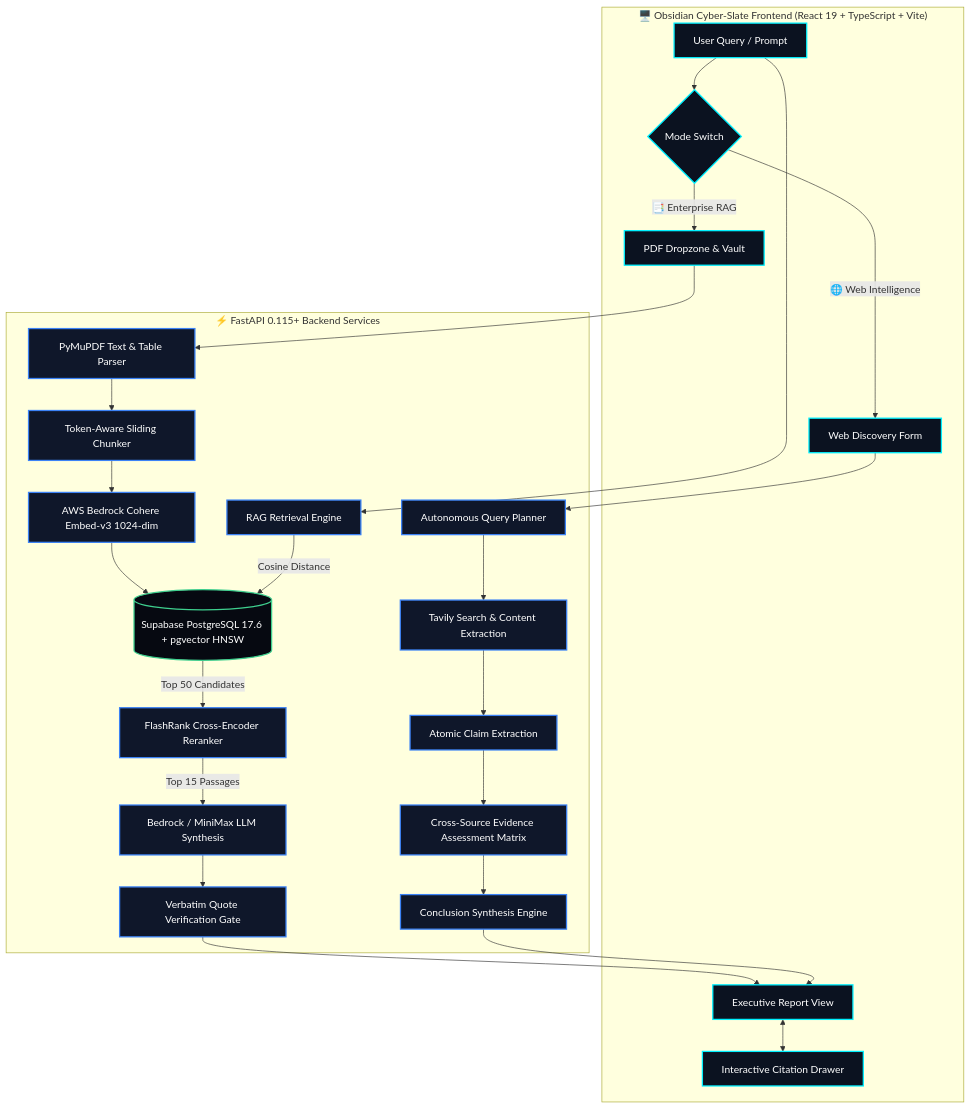
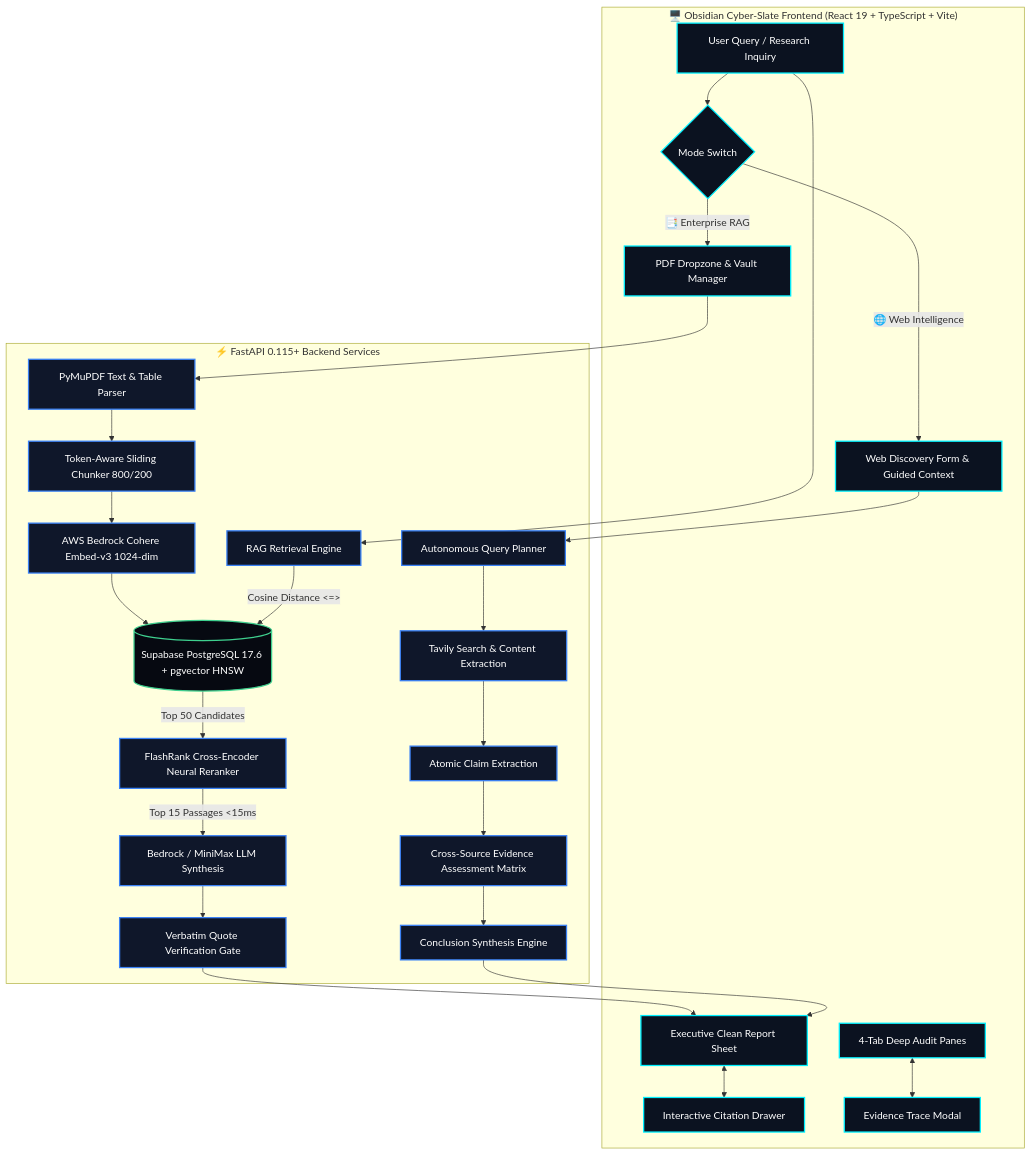
The diagram in README.md (sawanb22/enterprise-AI-research), drawn with Mermaid before and after one commit. The commit also changed other lines of this file and 2 other files, not shown here.

Commit message:
docs: generate comprehensive frontend & backend architecture maps and master README

````diff
--- a/README.md
+++ b/README.md
@@ -76,38 +92,41 @@
 ```mermaid
 flowchart TD
     subgraph UI ["🖥️ Obsidian Cyber-Slate Frontend (React 19 + TypeScript + Vite)"]
-        A[User Query / Prompt] --> B{Mode Switch}
-        B -->|🌐 Web Intelligence| C[Web Discovery Form]
-        B -->|📑 Enterprise RAG| D[PDF Dropzone & Vault]
-        R1[Executive Report View] <--> R2[Interactive Citation Drawer]
+        A[User Query / Research Inquiry] --> B{Mode Switch}
+        B -->|🌐 Web Intelligence| C[Web Discovery Form & Guided Context]
+        B -->|📑 Enterprise RAG| D[PDF Dropzone & Vault Manager]
+        
+        R1[Executive Clean Report Sheet] <--> R2[Interactive Citation Drawer]
+        R3[4-Tab Deep Audit Panes] <--> R4[Evidence Trace Modal]
     end
 
     subgraph Backend ["⚡ FastAPI 0.115+ Backend Services"]
         C --> E[Autonomous Query Planner]
         E --> F[Tavily Search & Content Extraction]
         F --> G[Atomic Claim Extraction]
         G --> H[Cross-Source Evidence Assessment Matrix]
         H --> I[Conclusion Synthesis Engine]
 
         D --> J[PyMuPDF Text & Table Parser]
-        J --> K[Token-Aware Sliding Chunker]
+        J --> K[Token-Aware Sliding Chunker 800/200]
         K --> L[AWS Bedrock Cohere Embed-v3 1024-dim]
         L --> M[(Supabase PostgreSQL 17.6 + pgvector HNSW)]
 
         A --> N[RAG Retrieval Engine]
-        N -->|Cosine Distance| M
-        M -->|Top 50 Candidates| O[FlashRank Cross-Encoder Reranker]
-        O -->|Top 15 Passages| P[Bedrock / MiniMax LLM Synthesis]
+        N -->|Cosine Distance <=>| M
+        M -->|Top 50 Candidates| O[FlashRank Cross-Encoder Neural Reranker]
+        O -->|Top 15 Passages <15ms| P[Bedrock / MiniMax LLM Synthesis]
         P --> Q[Verbatim Quote Verification Gate]
+        
         Q --> R1
         I --> R1
     end
 
     classDef ui fill:#0B1220,stroke:#00F0FF,stroke-width:2px,color:#fff;
     classDef srv fill:#0F172A,stroke:#3B82F6,stroke-width:2px,color:#fff;
     classDef db fill:#060911,stroke:#3ECF8E,stroke-width:2px,color:#fff;
 
-    class A,B,C,D,R1,R2 ui;
+    class A,B,C,D,R1,R2,R3,R4 ui;
     class E,F,G,H,I,J,K,L,N,O,P,Q srv;
     class M db;
 ```
````
